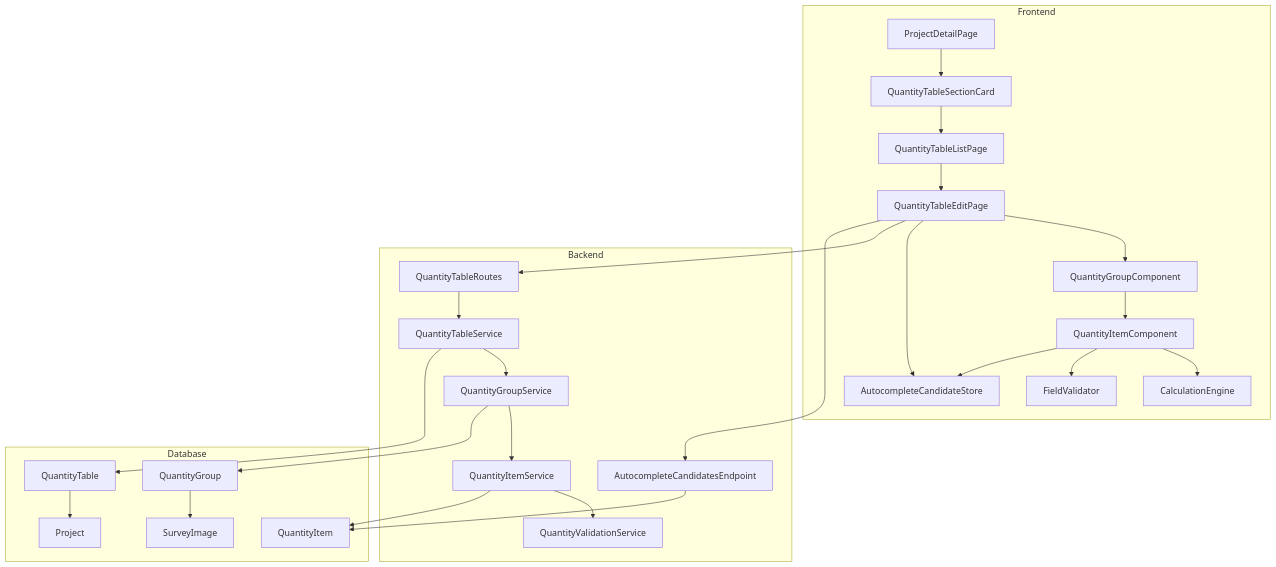
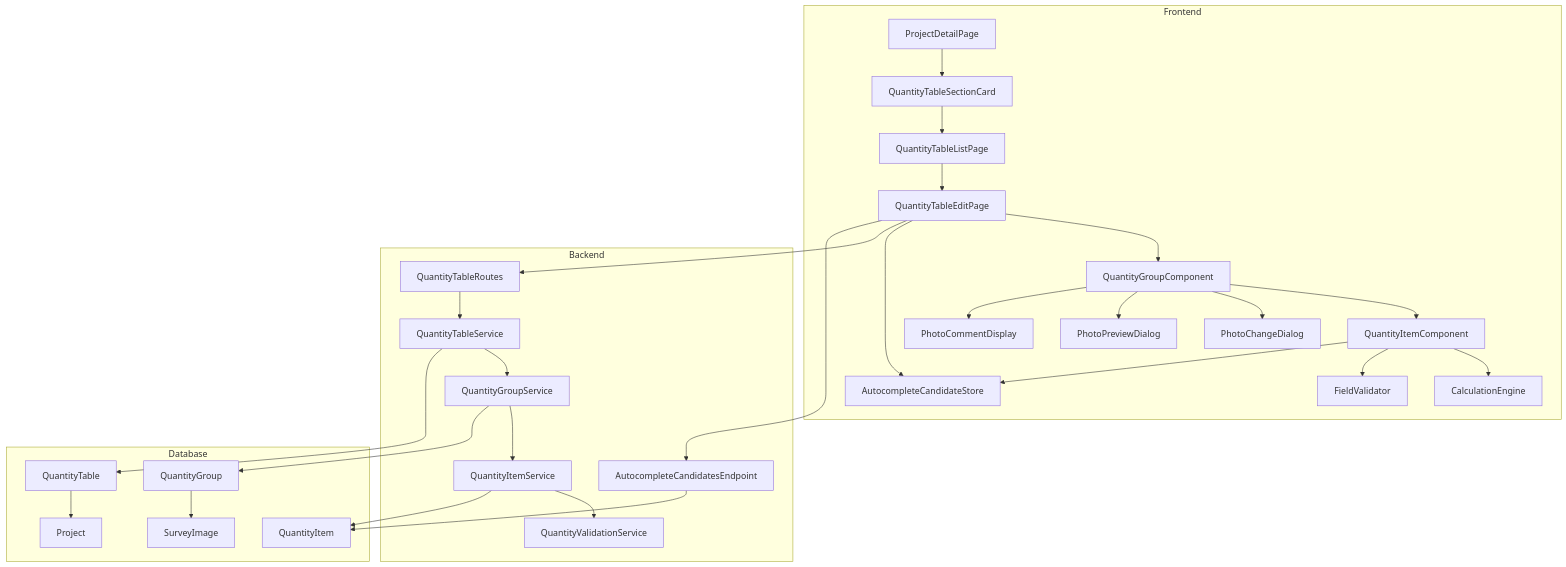
Before and after one commit to inakanou/ArchiTrack: the first of 5 diagrams in .kiro/specs/quantity-table-generation/design.md, drawn with Mermaid. The commit also changed other lines of this file and 21 other files, not shown here.

````diff
--- a/.kiro/specs/quantity-table-generation/design.md
+++ b/.kiro/specs/quantity-table-generation/design.md
@@ -42,55 +45,62 @@
 ```mermaid
 graph TB
     subgraph Frontend
         PDP[ProjectDetailPage]
         QTL[QuantityTableListPage]
         QTE[QuantityTableEditPage]
         QTS[QuantityTableSectionCard]
         QGC[QuantityGroupComponent]
         QIC[QuantityItemComponent]
         CE[CalculationEngine]
         FV[FieldValidator]
         ACS[AutocompleteCandidateStore]
+        PCD[PhotoChangeDialog]
+        PPD[PhotoPreviewDialog]
+        PCC[PhotoCommentDisplay]
     end
 
     subgraph Backend
         QTR[QuantityTableRoutes]
         QTSV[QuantityTableService]
         QGSV[QuantityGroupService]
         QISV[QuantityItemService]
         QVS[QuantityValidationService]
         ACSV[AutocompleteCandidatesEndpoint]
     end
 
     subgraph Database
         PJ[Project]
         QT[QuantityTable]
         QG[QuantityGroup]
         QI[QuantityItem]
         SI[SurveyImage]
     end
 
     PDP --> QTS
     QTS --> QTL
     QTL --> QTE
     QTE --> QGC
     QTE --> ACS
     QGC --> QIC
     QIC --> CE
     QIC --> FV
     QIC --> ACS
 
+    QGC --> PCD
+    QGC --> PPD
+    QGC --> PCC
+
     QTE --> QTR
     QTE --> ACSV
     QTR --> QTSV
     QTSV --> QGSV
     QGSV --> QISV
     QISV --> QVS
 
     QTSV --> QT
     QGSV --> QG
     QISV --> QI
     QG --> SI
     QT --> PJ
     ACSV --> QI
 ```
````
